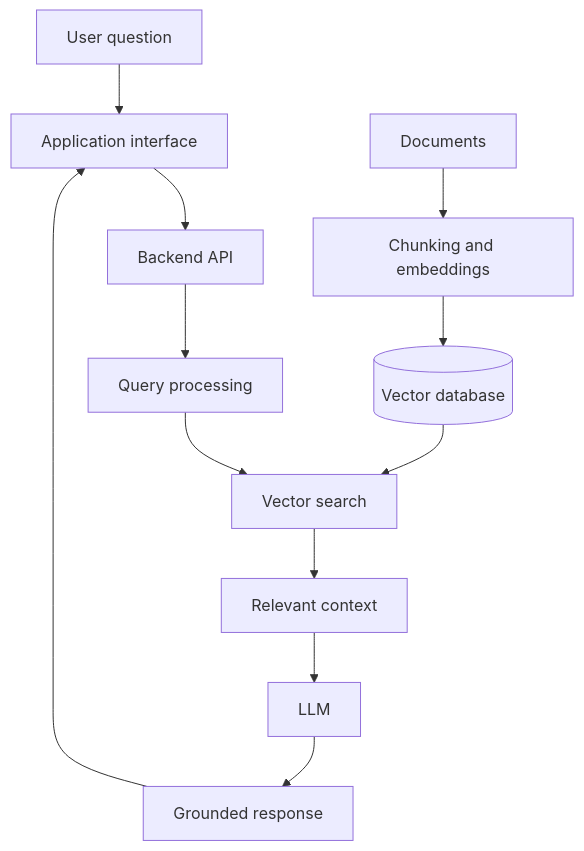
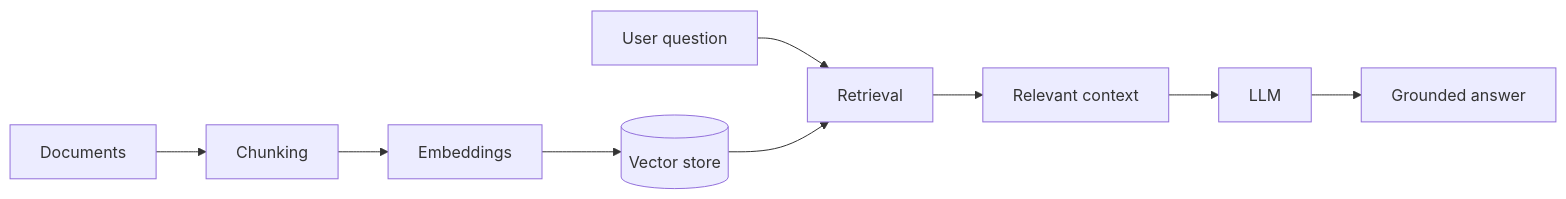
One commit to Qaisar-baloch/Qaisar-baloch changed the diagram in ReadMe.md. Above: the diagram before and after it, drawn with Mermaid. The commit also changed other lines of this file, not shown here.

````diff
--- a/ReadMe.md
+++ b/ReadMe.md
@@ -134,14 +117,11 @@
 ```mermaid
-flowchart TD
-    A[User question] --> B[Application interface]
-    B --> C[Backend API]
-    C --> D[Query processing]
-    D --> E[Vector search]
-    F[Documents] --> G[Chunking and embeddings]
-    G --> H[(Vector database)]
-    H --> E
-    E --> I[Relevant context]
-    I --> J[LLM]
-    J --> K[Grounded response]
-    K --> B
+flowchart LR
+    A[Documents] --> B[Chunking]
+    B --> C[Embeddings]
+    C --> D[(Vector store)]
+    E[User question] --> F[Retrieval]
+    D --> F
+    F --> G[Relevant context]
+    G --> H[LLM]
+    H --> I[Grounded answer]
 ```
````
